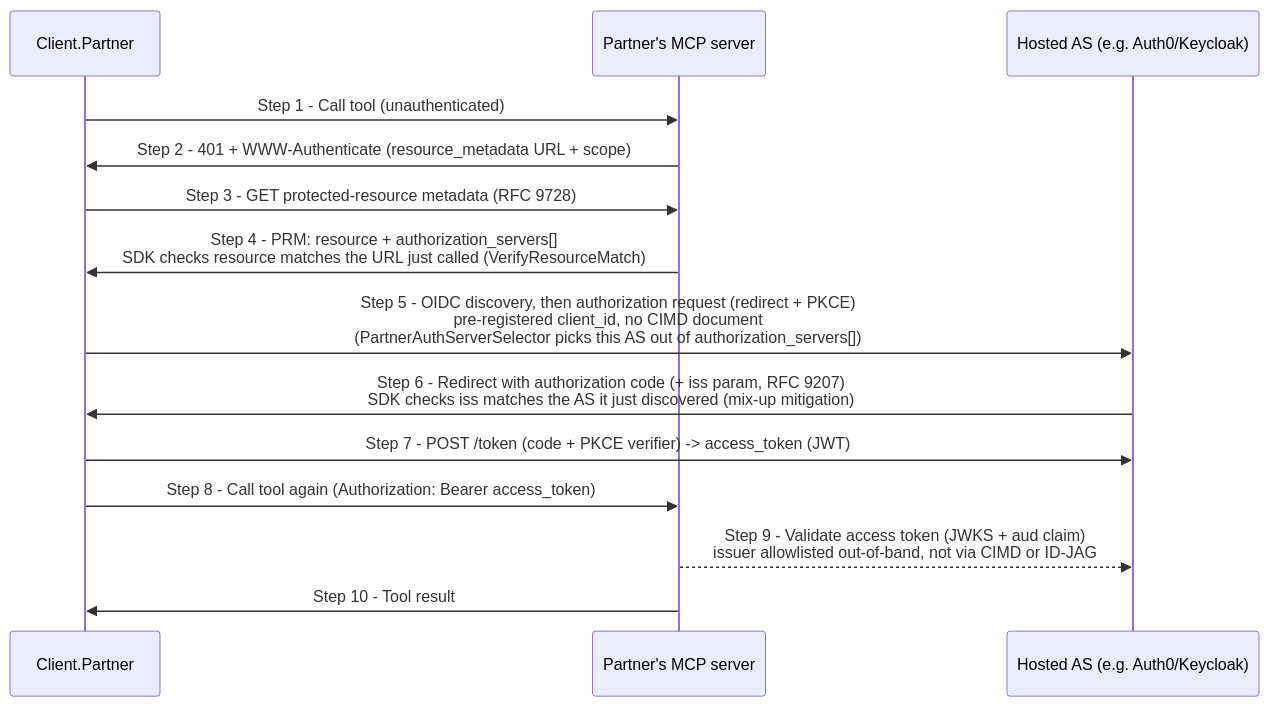
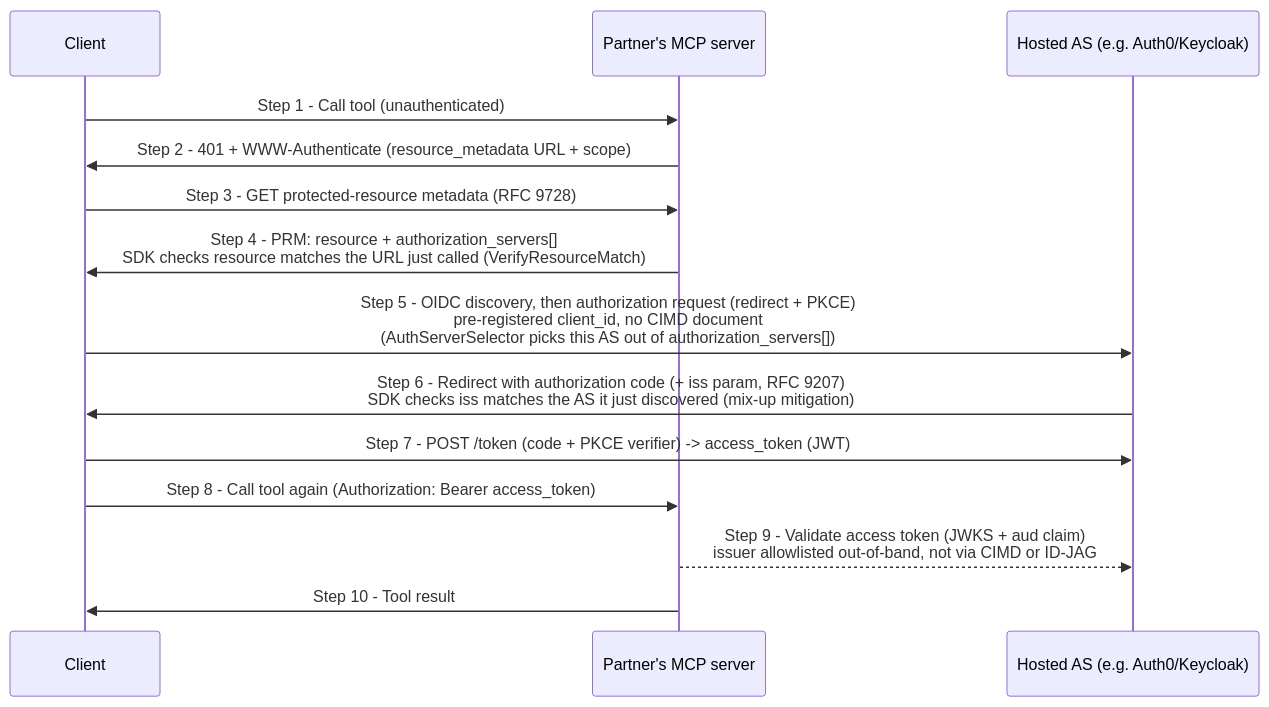
The fourth of 5 diagrams in docs/architecture.md (orlandodev/OpenID.MCPInterop), drawn with Mermaid before and after one commit. The commit also changed other lines of this file and 51 other files, not shown here.

First line of the commit message:
Merge Client.Partner into Client with a restyled htmx web UI

````diff
--- a/docs/architecture.md
+++ b/docs/architecture.md
@@ -123,17 +128,17 @@
 ```mermaid
 sequenceDiagram
-    participant ClientPartner as Client.Partner
+    participant Client
     participant PartnerServer as Partner's MCP server
     participant AS as Hosted AS (e.g. Auth0/Keycloak)
 
-    ClientPartner->>PartnerServer: Step 1 - Call tool (unauthenticated)
-    PartnerServer->>ClientPartner: Step 2 - 401 + WWW-Authenticate (resource_metadata URL + scope)
-    ClientPartner->>PartnerServer: Step 3 - GET protected-resource metadata (RFC 9728)
-    PartnerServer->>ClientPartner: Step 4 - PRM: resource + authorization_servers[]<br/>SDK checks resource matches the URL just called (VerifyResourceMatch)
-    ClientPartner->>AS: Step 5 - OIDC discovery, then authorization request (redirect + PKCE)<br/>pre-registered client_id, no CIMD document<br/>(PartnerAuthServerSelector picks this AS out of authorization_servers[])
-    AS->>ClientPartner: Step 6 - Redirect with authorization code (+ iss param, RFC 9207)<br/>SDK checks iss matches the AS it just discovered (mix-up mitigation)
-    ClientPartner->>AS: Step 7 - POST /token (code + PKCE verifier) -> access_token (JWT)
-    ClientPartner->>PartnerServer: Step 8 - Call tool again (Authorization: Bearer access_token)
+    Client->>PartnerServer: Step 1 - Call tool (unauthenticated)
+    PartnerServer->>Client: Step 2 - 401 + WWW-Authenticate (resource_metadata URL + scope)
+    Client->>PartnerServer: Step 3 - GET protected-resource metadata (RFC 9728)
+    PartnerServer->>Client: Step 4 - PRM: resource + authorization_servers[]<br/>SDK checks resource matches the URL just called (VerifyResourceMatch)
+    Client->>AS: Step 5 - OIDC discovery, then authorization request (redirect + PKCE)<br/>pre-registered client_id, no CIMD document<br/>(AuthServerSelector picks this AS out of authorization_servers[])
+    AS->>Client: Step 6 - Redirect with authorization code (+ iss param, RFC 9207)<br/>SDK checks iss matches the AS it just discovered (mix-up mitigation)
+    Client->>AS: Step 7 - POST /token (code + PKCE verifier) -> access_token (JWT)
+    Client->>PartnerServer: Step 8 - Call tool again (Authorization: Bearer access_token)
     PartnerServer-->>AS: Step 9 - Validate access token (JWKS + aud claim)<br/>issuer allowlisted out-of-band, not via CIMD or ID-JAG
-    PartnerServer->>ClientPartner: Step 10 - Tool result
+    PartnerServer->>Client: Step 10 - Tool result
 ```
````
